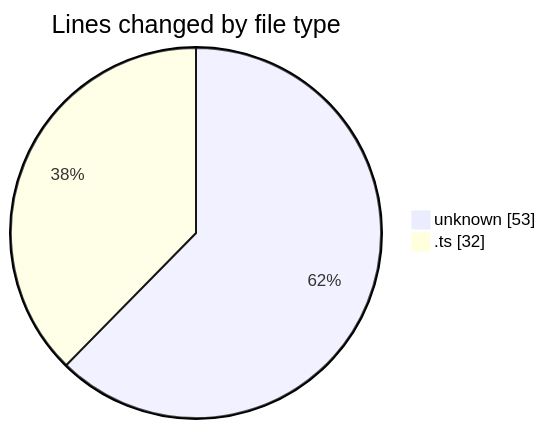
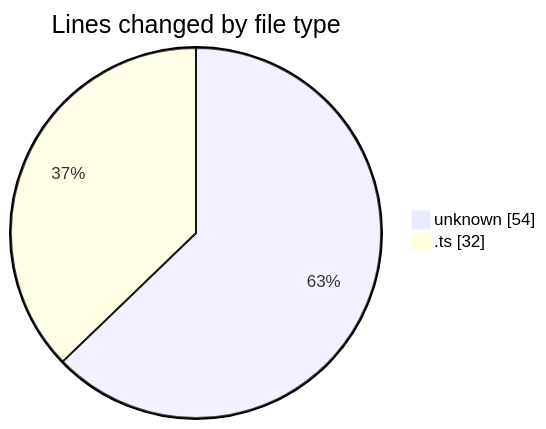
Before and after one commit to Elitesun/code-tracking: the first of 2 diagrams in 2025-05-17/niten/README.md, drawn with Mermaid. The commit also changed other lines of this file and 1 other file, not shown here.

````diff
--- a/2025-05-17/niten/README.md
+++ b/2025-05-17/niten/README.md
@@ -21,6 +21,6 @@
 ```mermaid
 pie showData
 title Lines changed by file type
-"unknown" : 53
+"unknown" : 54
 ".ts" : 32
 ```
````
